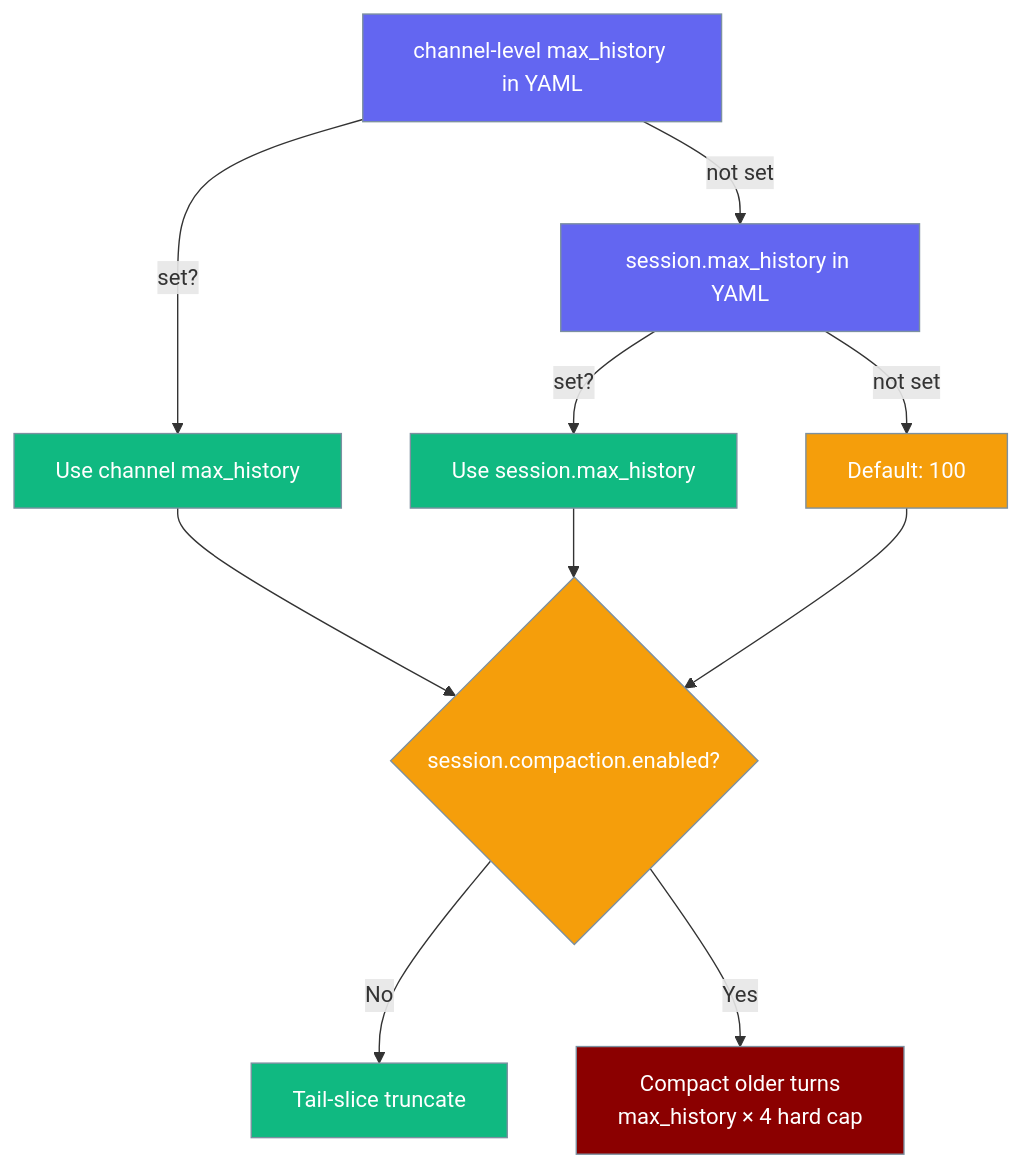
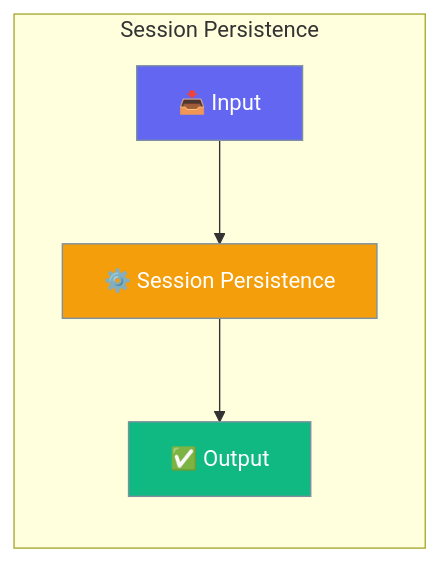
The diagram in docs/features/session-persistence.mdx (MervinPraison/PraisonAIDocs), drawn with Mermaid before and after one commit. The commit also changed other lines of this file and 143 other files, not shown here.

First line of the commit message:
docs: AGENTS.md compliance sweep — mermaid, AccordionGroup, CardGroup, Steps (fixes #1000)

````diff
--- a/docs/features/session-persistence.mdx
+++ b/docs/features/session-persistence.mdx
@@ -396,24 +27,15 @@
 ```mermaid
-graph TB
-    A[channel-level max_history in YAML] -->|set?| D[Use channel max_history]
-    A -->|not set| B[session.max_history in YAML]
-    B -->|set?| E[Use session.max_history]
-    B -->|not set| C[Default: 100]
-    D --> CP{session.compaction.enabled?}
-    E --> CP
-    C --> CP
-    CP -->|No| TR[Tail-slice truncate]
-    CP -->|Yes| CO[Compact older turns<br/>max_history × 4 hard cap]
+graph LR
+    subgraph "Session Persistence"
+        A[📥 Input] --> B[⚙️ Session Persistence]
+        B --> C[✅ Output]
+    end
 
-    classDef config fill:#6366F1,stroke:#7C90A0,color:#fff
-    classDef fallback fill:#F59E0B,stroke:#7C90A0,color:#fff
-    classDef result fill:#10B981,stroke:#7C90A0,color:#fff
-    classDef compact fill:#8B0000,stroke:#7C90A0,color:#fff
+    classDef input fill:#6366F1,stroke:#7C90A0,color:#fff
+    classDef process fill:#F59E0B,stroke:#7C90A0,color:#fff
+    classDef output fill:#10B981,stroke:#7C90A0,color:#fff
 
-    class A,B config
-    class C fallback
-    class D,E result
-    class CP fallback
-    class TR result
-    class CO compact
+    class A input
+    class B process
+    class C output
 ```
````
